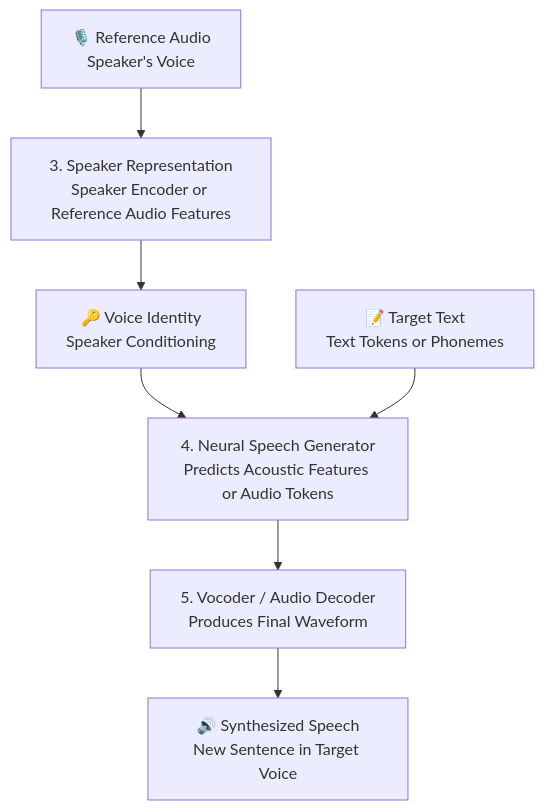
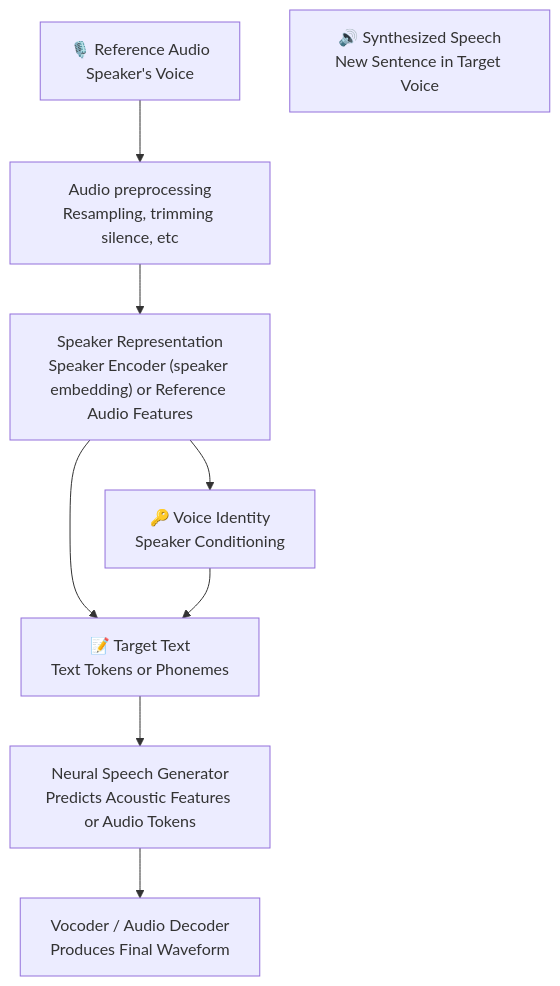
Before and after one commit to elaheh-dastan/CAT: the second of 2 diagrams in AI_assistant.md, drawn with Mermaid.

````diff
--- a/AI_assistant.md
+++ b/AI_assistant.md
@@ -27,17 +27,19 @@
 ```mermaid
 flowchart TD
     A["🎙️ Reference Audio<br/>Speaker's Voice"]
-    B["3. Speaker Representation<br/>Speaker Encoder or Reference Audio Features"]
-    C["🔑 Voice Identity<br/>Speaker Conditioning"]
-    D["📝 Target Text<br/>Text Tokens or Phonemes"]
-    E["4. Neural Speech Generator<br/>Predicts Acoustic Features or Audio Tokens"]
-    F["5. Vocoder / Audio Decoder<br/>Produces Final Waveform"]
-    G["🔊 Synthesized Speech<br/>New Sentence in Target Voice"]
+    B["Audio preprocessing<br/>Resampling, trimming silence, etc"]
+    C["Speaker Representation<br/>Speaker Encoder (speaker embedding) or Reference Audio Features"]
+    D["🔑 Voice Identity<br/>Speaker Conditioning"]
+    E["📝 Target Text<br/>Text Tokens or Phonemes"]
+    F["Neural Speech Generator<br/>Predicts Acoustic Features or Audio Tokens"]
+    G["Vocoder / Audio Decoder<br/>Produces Final Waveform"]
+    H["🔊 Synthesized Speech<br/>New Sentence in Target Voice"]
 
     A --> B
     B --> C
+    C --> D
     C --> E
     D --> E
     E --> F
     F --> G
 ```
````
